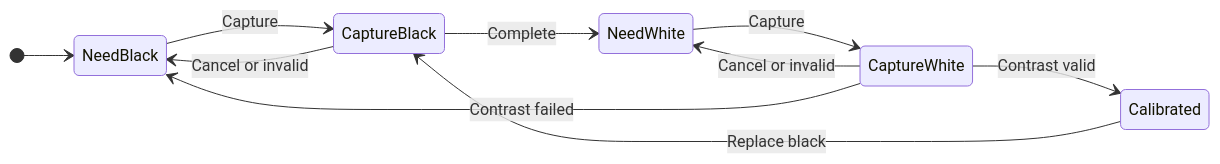
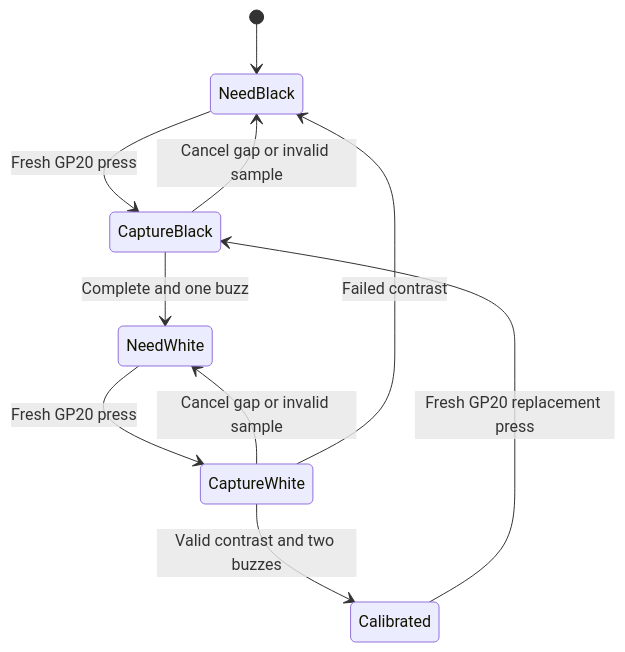
One commit to shauniee/Autonomous-Robotic-Car changed the diagram in docs/architecture/LINE_TRACKING.md. Above: the diagram before and after it, drawn with Mermaid. The commit also changed other lines of this file and 43 other files, not shown here.

````diff
--- a/docs/architecture/LINE_TRACKING.md
+++ b/docs/architecture/LINE_TRACKING.md
@@ -27,13 +27,12 @@
 ```mermaid
 stateDiagram-v2
-    direction LR
     [*] --> NeedBlack
-    NeedBlack --> CaptureBlack: Capture
-    CaptureBlack --> NeedWhite: Complete
-    CaptureBlack --> NeedBlack: Cancel or invalid
-    NeedWhite --> CaptureWhite: Capture
-    CaptureWhite --> Calibrated: Contrast valid
-    CaptureWhite --> NeedWhite: Cancel or invalid
-    CaptureWhite --> NeedBlack: Contrast failed
-    Calibrated --> CaptureBlack: Replace black
+    NeedBlack --> CaptureBlack: Fresh GP20 press
+    CaptureBlack --> NeedWhite: Complete and one buzz
+    CaptureBlack --> NeedBlack: Cancel gap or invalid sample
+    NeedWhite --> CaptureWhite: Fresh GP20 press
+    CaptureWhite --> Calibrated: Valid contrast and two buzzes
+    CaptureWhite --> NeedWhite: Cancel gap or invalid sample
+    CaptureWhite --> NeedBlack: Failed contrast
+    Calibrated --> CaptureBlack: Fresh GP20 replacement press
 ```
````
